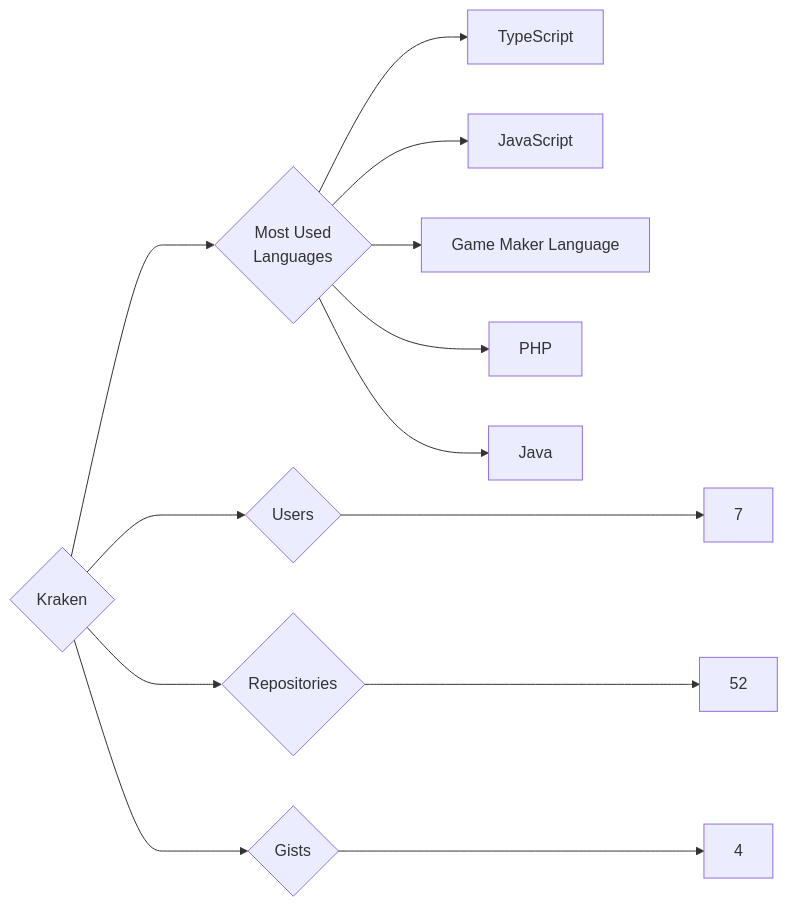
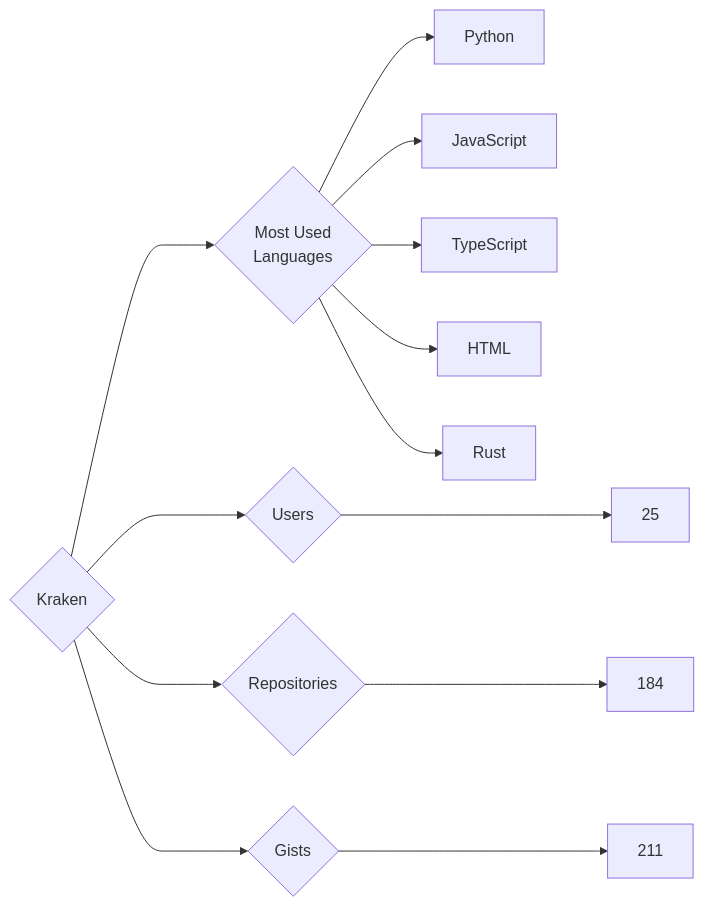
The diagram in targets/Kraken/README.md (trickest/insiders), drawn with Mermaid before and after one commit. The commit also changed 757 other files, not shown here.

````diff
--- a/targets/Kraken/README.md
+++ b/targets/Kraken/README.md
@@ -3,13 +3,13 @@
 ```mermaid
 graph LR
 COMPANY_NAME{Kraken}
-COMPANY_NAME ---> U{Users} ---> UN[7]
-COMPANY_NAME ---> R{Repositories} ---> RN[52]
-COMPANY_NAME ---> G{Gists} ---> GN[4]
+COMPANY_NAME ---> U{Users} ---> UN[25]
+COMPANY_NAME ---> R{Repositories} ---> RN[184]
+COMPANY_NAME ---> G{Gists} ---> GN[211]
 COMPANY_NAME ---> ML{Most Used<br>Languages}
+ML --> Python[Python]
+ML --> JavaScript[JavaScript]
 ML --> TypeScript[TypeScript]
-ML --> JavaScript[JavaScript]
-ML --> Game_Maker_Language[Game Maker Language]
-ML --> PHP[PHP]
-ML --> Java[Java]
+ML --> HTML[HTML]
+ML --> Rust[Rust]
 ```
````
